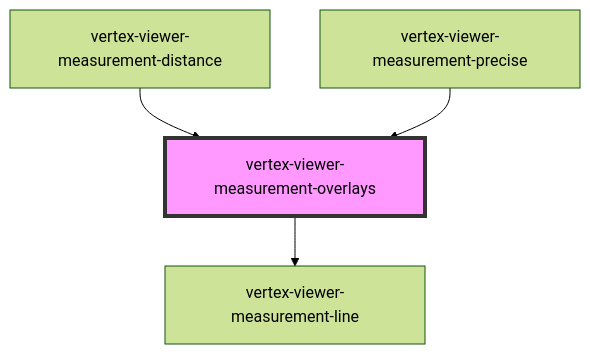
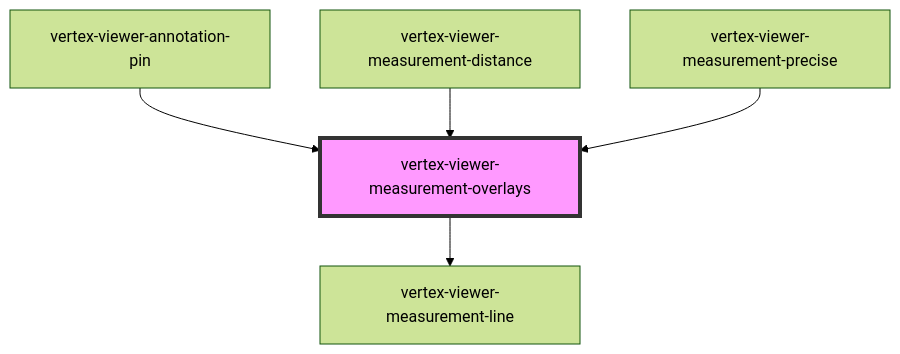
Before and after one commit to Vertexvis/vertex-web-sdk: the diagram in packages/viewer/src/components/viewer-measurement-overlays/readme.md, drawn with Mermaid (forest theme). The commit also changed other lines of this file and 18 other files, not shown here.

````diff
--- a/packages/viewer/src/components/viewer-measurement-overlays/readme.md
+++ b/packages/viewer/src/components/viewer-measurement-overlays/readme.md
@@ -37,7 +38,8 @@
 ```mermaid
 graph TD;
   vertex-viewer-measurement-overlays --> vertex-viewer-measurement-line
+  vertex-viewer-annotation-pin --> vertex-viewer-measurement-overlays
   vertex-viewer-measurement-distance --> vertex-viewer-measurement-overlays
   vertex-viewer-measurement-precise --> vertex-viewer-measurement-overlays
   style vertex-viewer-measurement-overlays fill:#f9f,stroke:#333,stroke-width:4px
 ```
````
